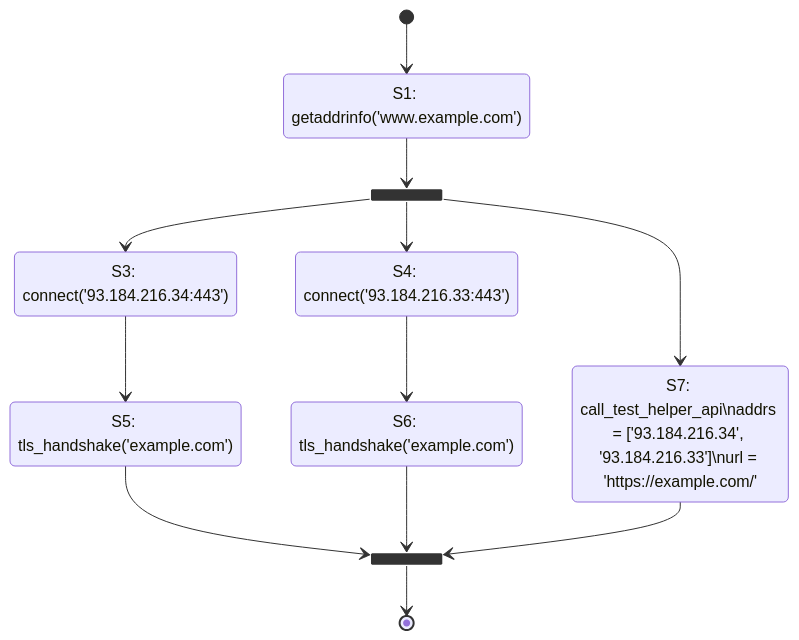
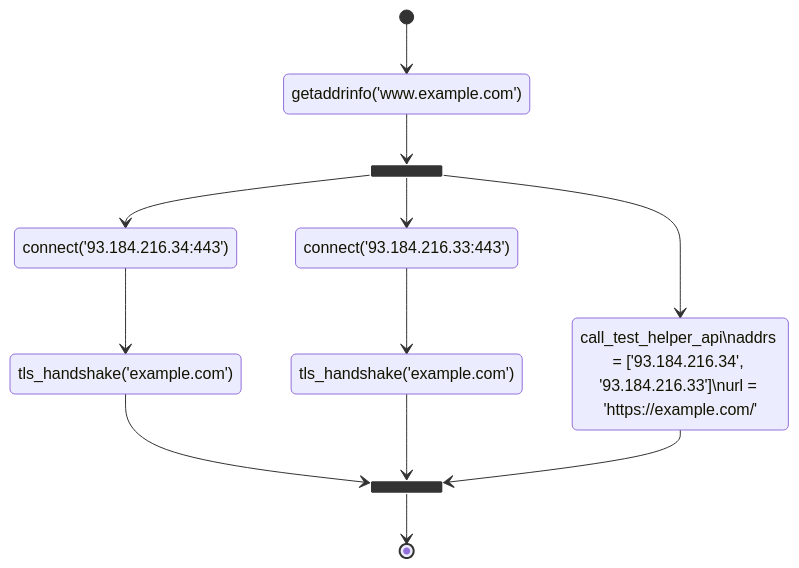
The second of 2 diagrams in nettests/ts-017-web-connectivity.md (ooni/spec), drawn with Mermaid before and after one commit. The commit also changed other lines of this file, not shown here.

````diff
--- a/nettests/ts-017-web-connectivity.md
+++ b/nettests/ts-017-web-connectivity.md
@@ -144,22 +144,22 @@
 ```mermaid
 stateDiagram-v2
-  state "S1: getaddrinfo('www.example.com')" as S1
+  state "getaddrinfo('www.example.com')" as S1
   [*] --> S1
   state S2 <<fork>>
   S1 -->S2
-  state "S3: connect('93.184.216.34:443')" as S3
-  state "S4: connect('93.184.216.33:443')" as S4
+  state "connect('93.184.216.34:443')" as S3
+  state "connect('93.184.216.33:443')" as S4
   S2 --> S3
   S2 --> S4
-  state "S5: tls_handshake('example.com')" as S5
-  state "S6: tls_handshake('example.com')" as S6
+  state "tls_handshake('example.com')" as S5
+  state "tls_handshake('example.com')" as S6
   S3 --> S5
   S4 --> S6
-  state "S7: call_test_helper_api\naddrs = ['93.184.216.34', '93.184.216.33']\nurl = 'https://example.com/'" as S7
+  state "call_test_helper_api\naddrs = ['93.184.216.34', '93.184.216.33']\nurl = 'https://example.com/'" as S7
   S2 --> S7
   state S8 <<join>>
   S5 --> S8
   S6 --> S8
   S7 --> S8
   S8 --> [*]
 ```
````
